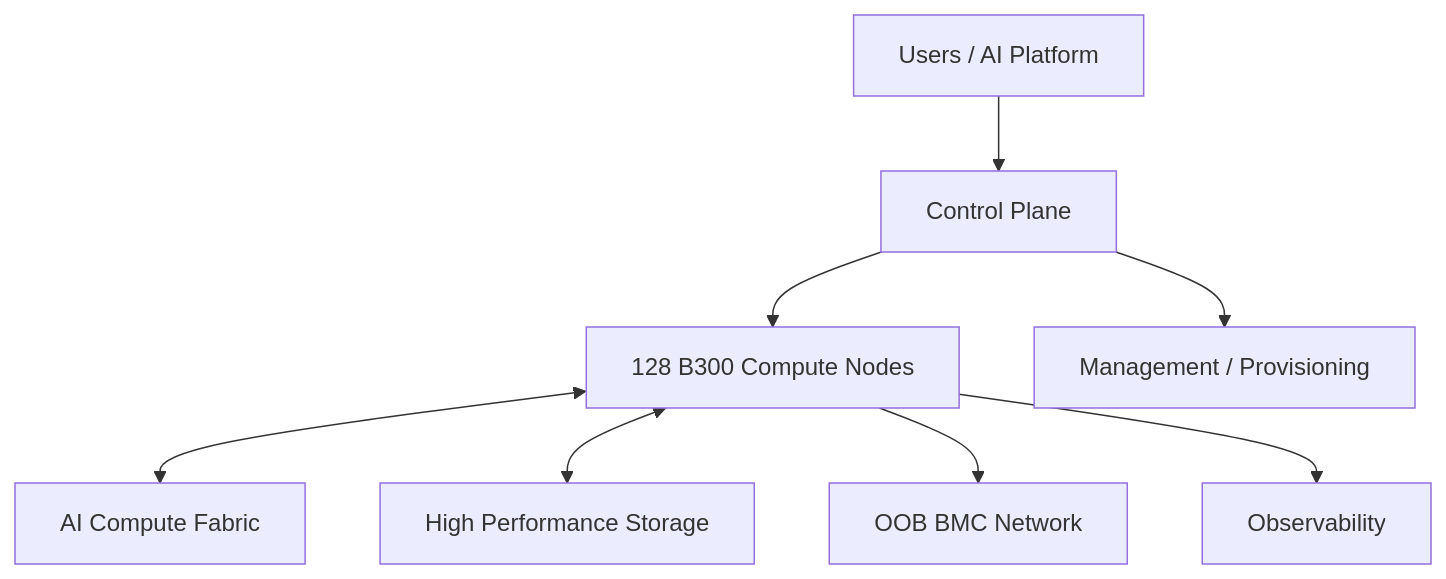
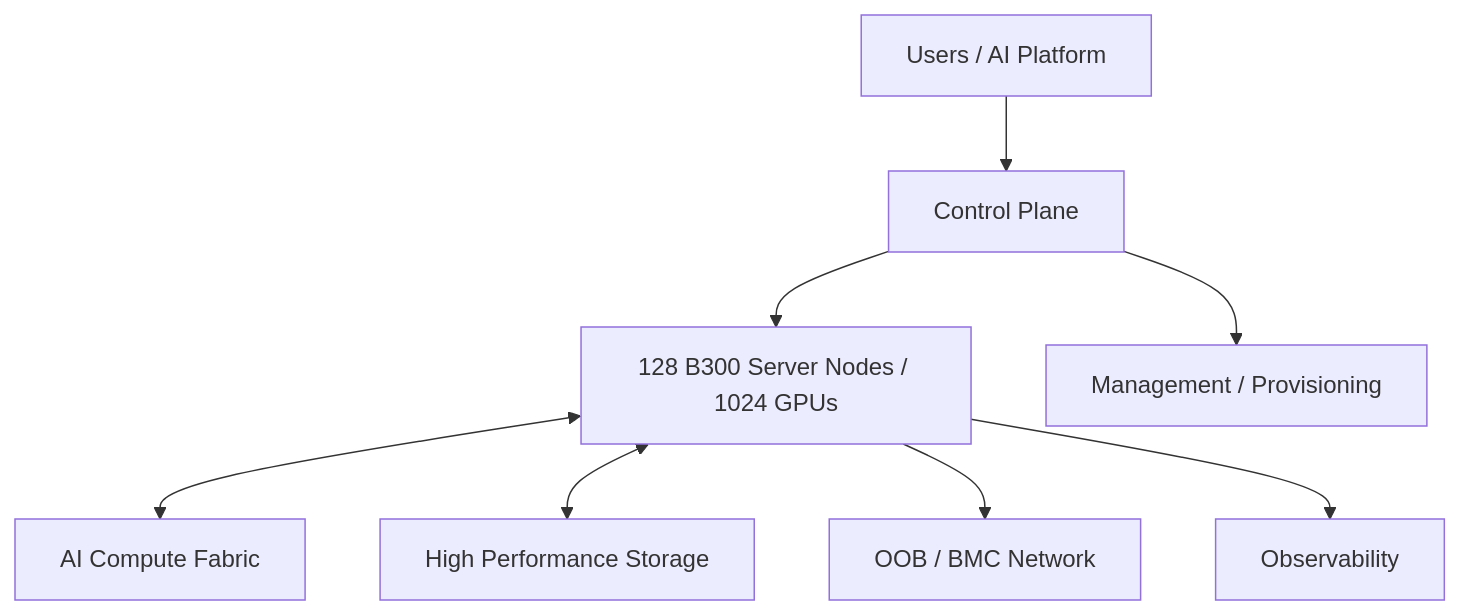
Before and after one commit to yandarick/b300-ai-factory-handbook: the diagram in 01-architecture/128-node-overview.md, drawn with Mermaid. The commit also changed other lines of this file, not shown here.

Commit message:
Test B300 architecture update on docs branch

````diff
--- a/01-architecture/128-node-overview.md
+++ b/01-architecture/128-node-overview.md
@@ -11,10 +22,10 @@
 ```mermaid
 flowchart TB
  U[Users / AI Platform] --> CP[Control Plane]
- CP --> C[128 B300 Compute Nodes]
+ CP --> C[128 B300 Server Nodes / 1024 GPUs]
  C <--> F[AI Compute Fabric]
  C <--> S[High Performance Storage]
  CP --> M[Management / Provisioning]
- C --> O[OOB BMC Network]
+ C --> O[OOB / BMC Network]
  C --> OBS[Observability]
 ```
````
